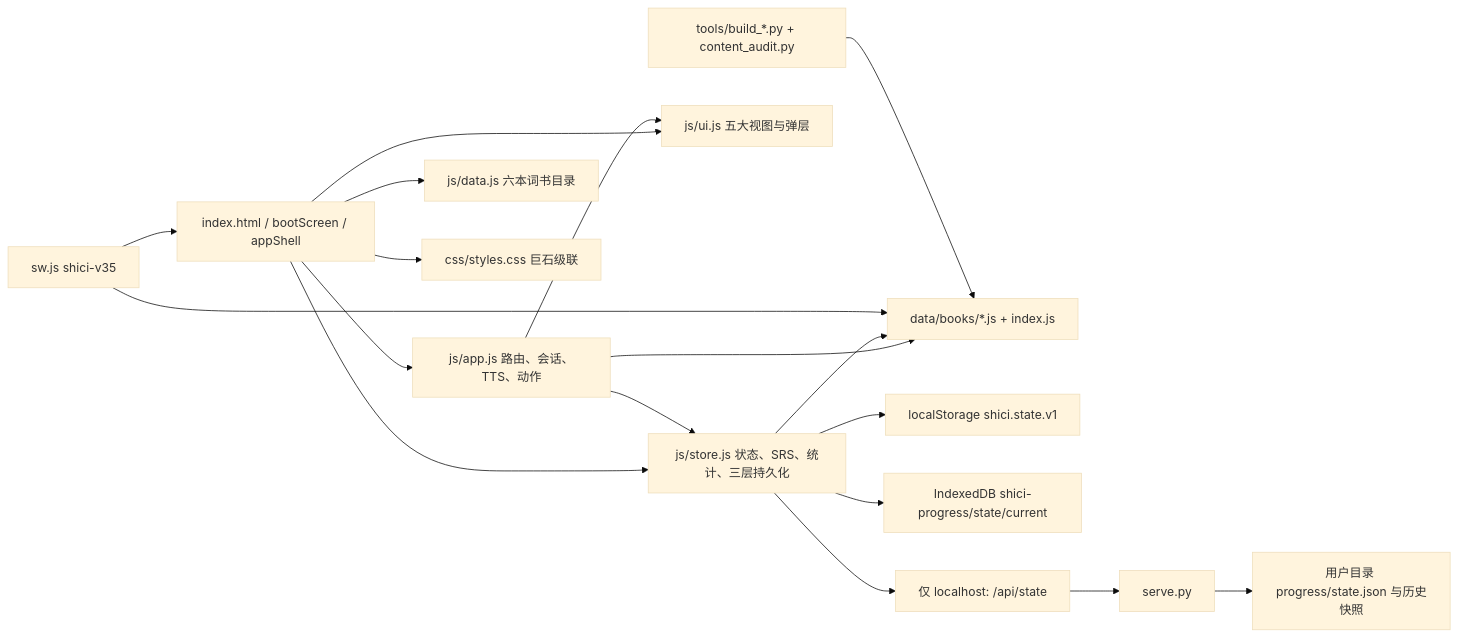
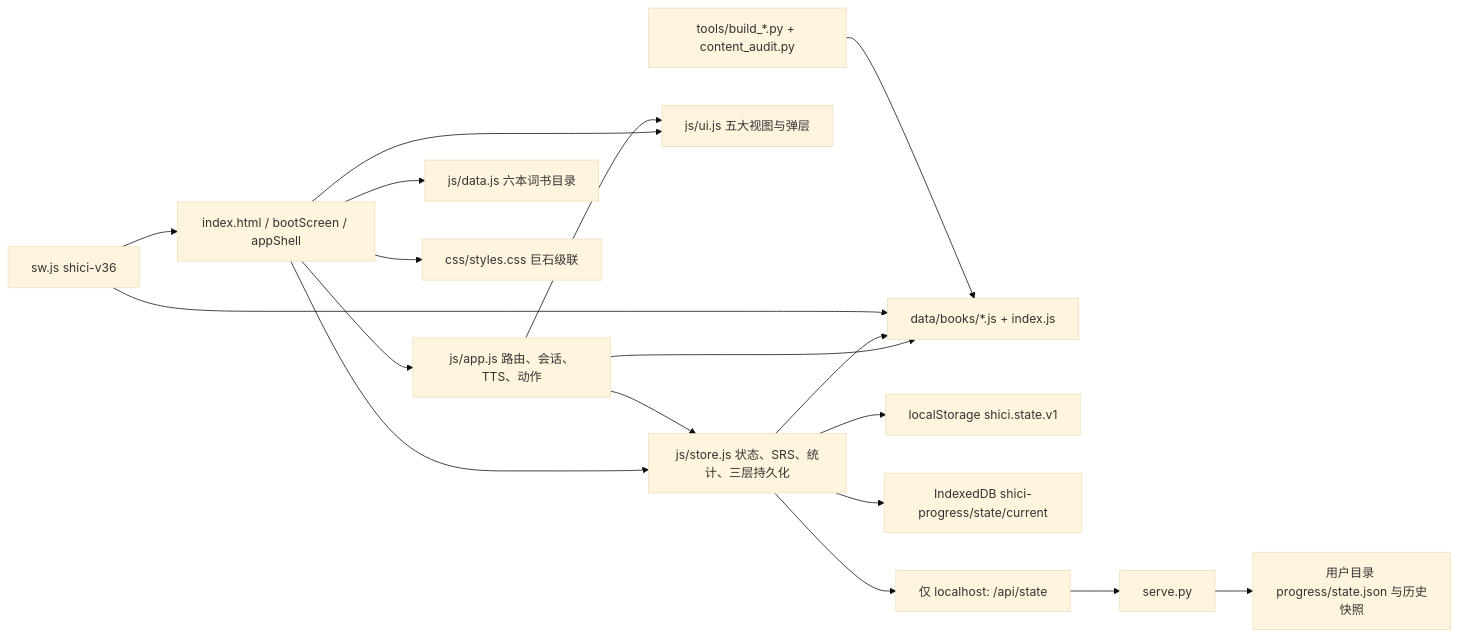
Before and after one commit to weijialiang2023/shici: the first of 7 diagrams in docs/system_design.md, drawn with Mermaid (base theme). The commit also changed other lines of this file and 20 other files, not shown here.

````diff
--- a/docs/system_design.md
+++ b/docs/system_design.md
@@ -11,20 +11,20 @@
 ```mermaid
 flowchart LR
     H[index.html / bootScreen / appShell] --> A[js/app.js 路由、会话、TTS、动作]
     H --> S[js/store.js 状态、SRS、统计、三层持久化]
     H --> U[js/ui.js 五大视图与弹层]
     H --> D[js/data.js 六本词书目录]
     H --> CSS[css/styles.css 巨石级联]
     A --> S
     A --> U
     A --> B[data/books/*.js + index.js]
     S --> B
     S --> L[localStorage shici.state.v1]
     S --> I[IndexedDB shici-progress/state/current]
     S --> API[仅 localhost: /api/state]
     API --> PY[serve.py]
     PY --> P[用户目录 progress/state.json 与历史快照]
-    SW[sw.js shici-v35] --> H
+    SW[sw.js shici-v36] --> H
     SW --> B
     ETL[tools/build_*.py + content_audit.py] --> B
 ```
````
